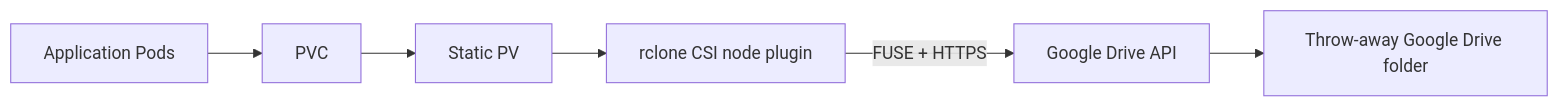
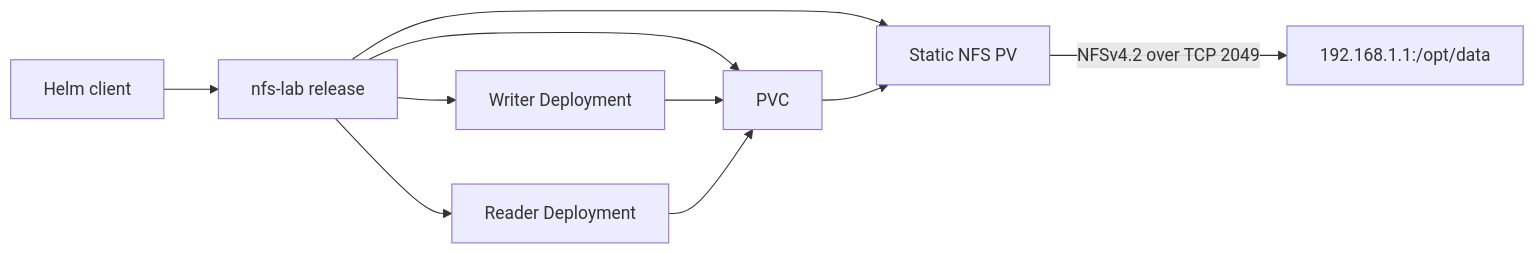
The second of 2 diagrams in _csc478/08-pv-lab.md (linhbngo/linhbngo.github.io), drawn with Mermaid before and after one commit. The commit also changed other lines of this file, not shown here.

````diff
--- a/_csc478/08-pv-lab.md
+++ b/_csc478/08-pv-lab.md
@@ -48,8 +324,12 @@
 ```mermaid
 flowchart LR
-    POD["Application Pods"] --> PVC["PVC"]
-    PVC --> PV["Static PV"]
-    PV --> CSI["rclone CSI node plugin"]
-    CSI -->|"FUSE + HTTPS"| API["Google Drive API"]
-    API --> DRIVE["Throw-away Google Drive folder"]
+    HELM["Helm client"] --> RELEASE["nfs-lab release"]
+    RELEASE --> WRITER["Writer Deployment"]
+    RELEASE --> READER["Reader Deployment"]
+    RELEASE --> PVC["PVC"]
+    RELEASE --> PV["Static NFS PV"]
+    WRITER --> PVC
+    READER --> PVC
+    PVC --> PV
+    PV -->|"NFSv4.2 over TCP 2049"| NFS["192.168.1.1:/opt/data"]
 ```
````
